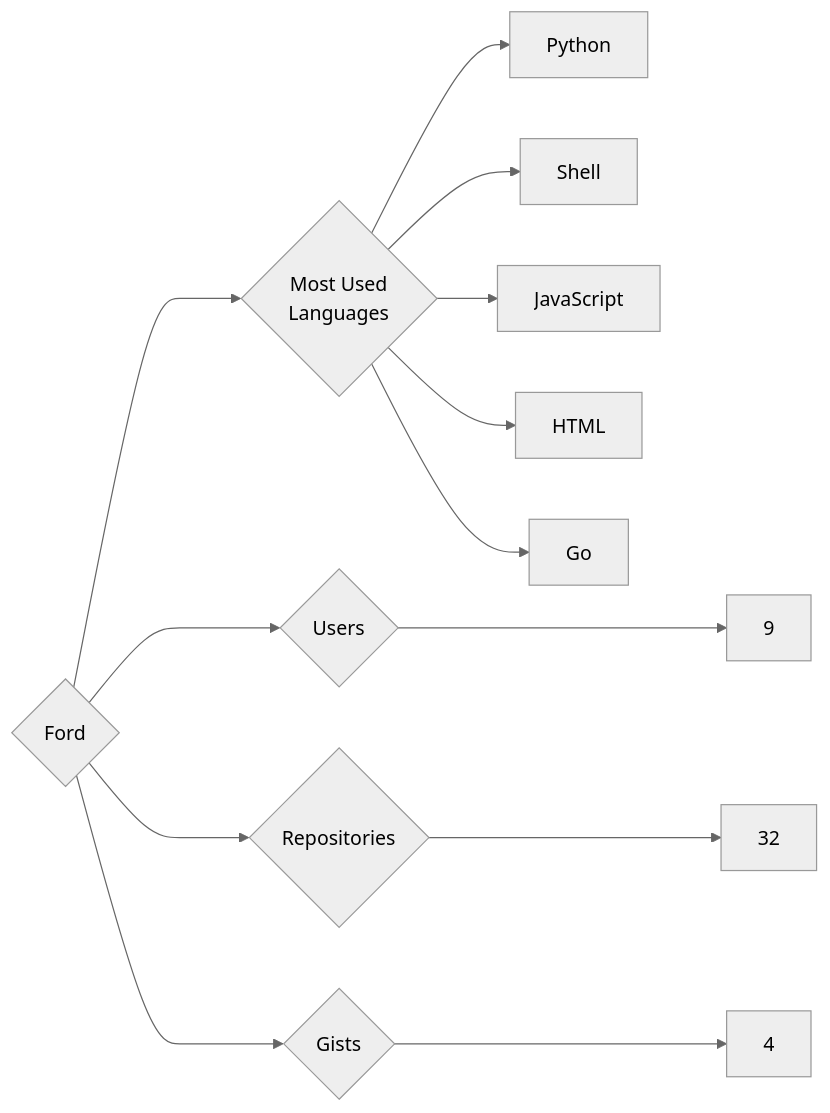
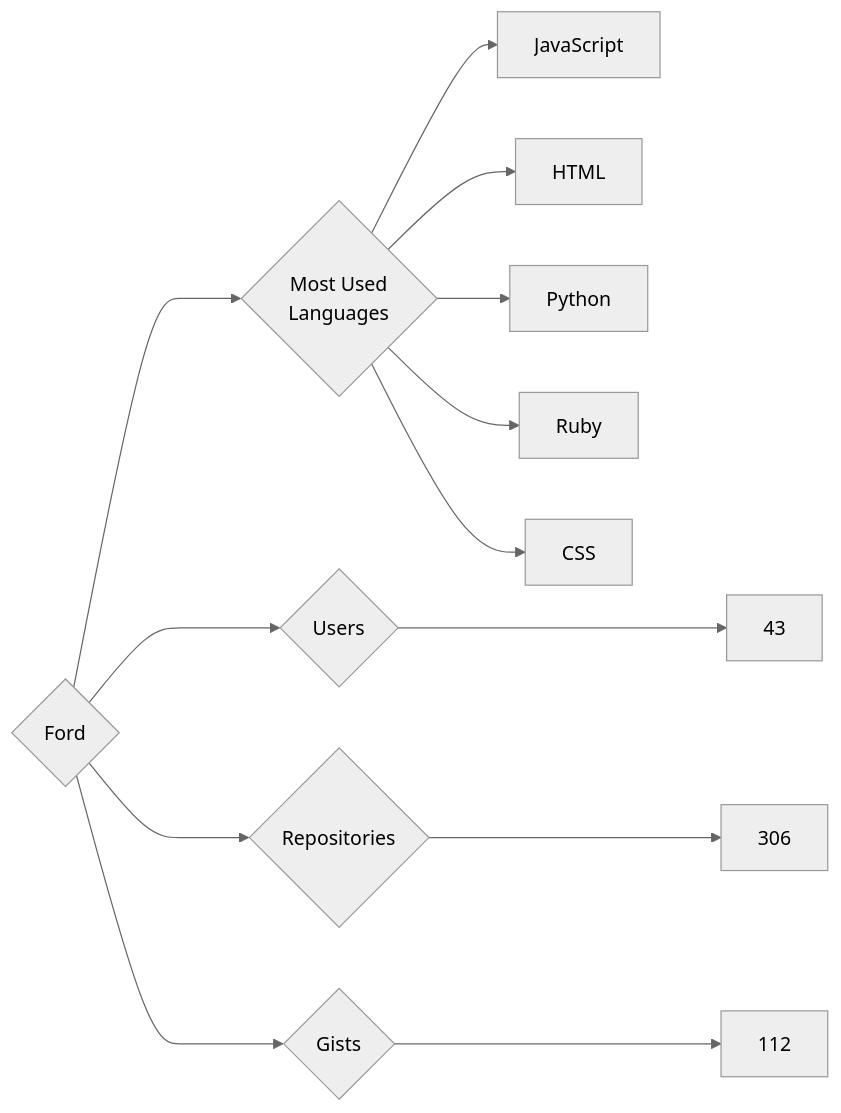
One commit to trickest/insiders changed the diagram in targets/Ford/README.md. Above: the diagram before and after it, drawn with Mermaid (neutral theme). The commit also changed 894 other files, not shown here.

````diff
--- a/targets/Ford/README.md
+++ b/targets/Ford/README.md
@@ -3,13 +3,13 @@
 ```mermaid
 graph LR
 COMPANY_NAME{Ford}
-COMPANY_NAME ---> U{Users} ---> UN[9]
-COMPANY_NAME ---> R{Repositories} ---> RN[32]
-COMPANY_NAME ---> G{Gists} ---> GN[4]
+COMPANY_NAME ---> U{Users} ---> UN[43]
+COMPANY_NAME ---> R{Repositories} ---> RN[306]
+COMPANY_NAME ---> G{Gists} ---> GN[112]
 COMPANY_NAME ---> ML{Most Used<br>Languages}
-ML --> Python[Python]
-ML --> Shell[Shell]
 ML --> JavaScript[JavaScript]
 ML --> HTML[HTML]
-ML --> Go[Go]
+ML --> Python[Python]
+ML --> Ruby[Ruby]
+ML --> CSS[CSS]
 ```
````
